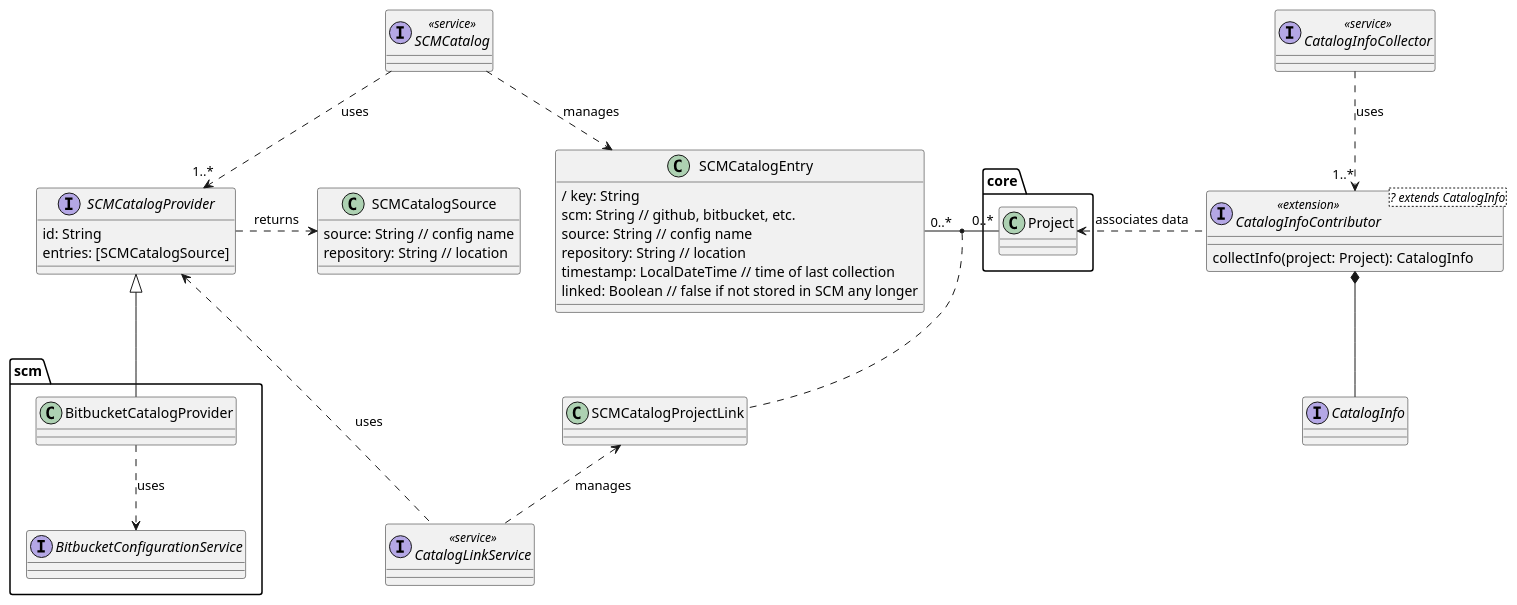
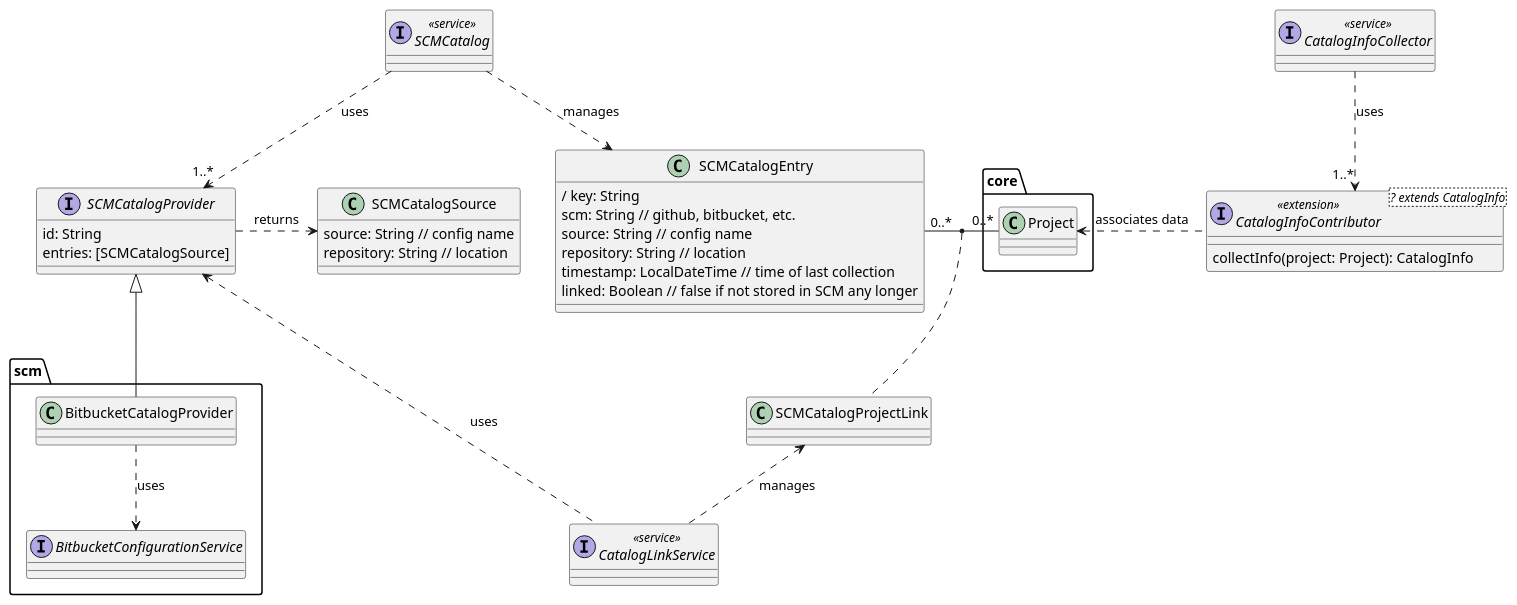
One commit to nemerosa/ontrack changed the diagram in ontrack-docs/src/docs/asciidoc/catalog-model.puml. Above: the diagram before and after it, drawn with PlantUML. The commit also changed 9 other files, not shown here.

```diff
--- a/ontrack-docs/src/docs/asciidoc/catalog-model.puml
+++ b/ontrack-docs/src/docs/asciidoc/catalog-model.puml
@@ -1,68 +1,65 @@
 @startuml
 
 package core {
     class Project
 }
 
 interface SCMCatalogProvider {
     id: String
     entries: [SCMCatalogSource]
 }
 
 interface SCMCatalog <<service>>
 
 SCMCatalog ..> SCMCatalogEntry: manages
 
 SCMCatalog ..> SCMCatalogProvider: uses "1..*"
 
 class SCMCatalogSource {
     source: String // config name
     repository: String // location
 }
 
 SCMCatalogProvider .right.> SCMCatalogSource: returns
 
 class SCMCatalogEntry {
     / key: String
     scm: String // github, bitbucket, etc.
     source: String // config name
     repository: String // location
     timestamp: LocalDateTime // time of last collection
     linked: Boolean // false if not stored in SCM any longer
 }
 
 class SCMCatalogProjectLink
 
 
 SCMCatalogEntry "0..*" - "0..*" Project
 
 (SCMCatalogEntry, Project) .. SCMCatalogProjectLink
 
 interface CatalogLinkService <<service>>
 
 CatalogLinkService .up.> SCMCatalogProjectLink: manages
 
 CatalogLinkService .up.> SCMCatalogProvider: uses
 
 interface CatalogInfoContributor<? extends CatalogInfo> <<extension>> {
     collectInfo(project: Project): CatalogInfo
 }
 
-interface CatalogInfo
-CatalogInfoContributor *-down- CatalogInfo
-
 CatalogInfoContributor .left.> Project: associates data
 
 interface CatalogInfoCollector <<service>>
 
 CatalogInfoCollector ..> CatalogInfoContributor: uses "1..*"
 
 package scm {
     interface BitbucketConfigurationService
     class BitbucketCatalogProvider
 
     BitbucketCatalogProvider -up-|> SCMCatalogProvider
     BitbucketCatalogProvider .down.> BitbucketConfigurationService: uses
 }
 
 @enduml
```
